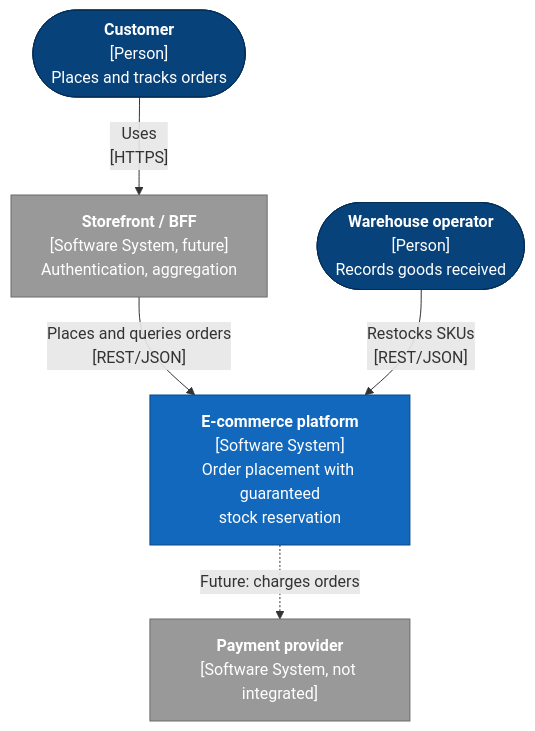
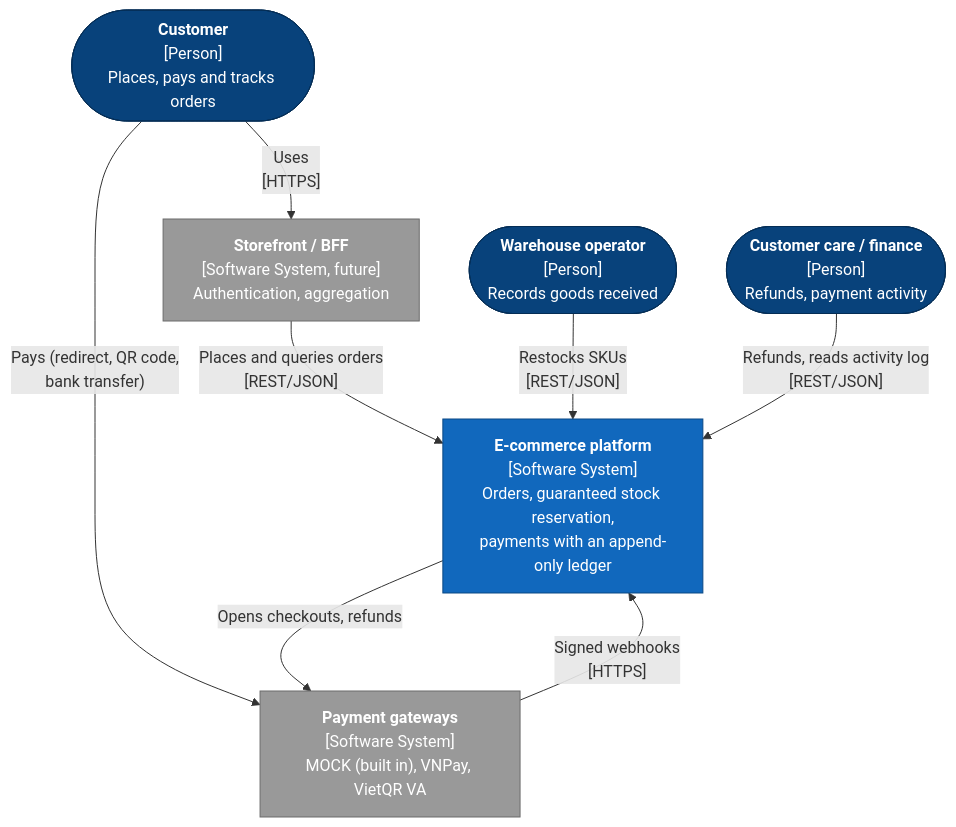
Before and after one commit to NamCaoDev/nestjs-ecommerce: the second of 11 diagrams in docs/system-design.md, drawn with Mermaid. The commit also changed other lines of this file and 330 other files, not shown here.

````diff
--- a/docs/system-design.md
+++ b/docs/system-design.md
@@ -49,18 +60,22 @@
 ```mermaid
 flowchart TB
-  customer(["<b>Customer</b><br/>[Person]<br/>Places and tracks orders"]):::person
+  customer(["<b>Customer</b><br/>[Person]<br/>Places, pays and tracks orders"]):::person
   operator(["<b>Warehouse operator</b><br/>[Person]<br/>Records goods received"]):::person
+  agent(["<b>Customer care / finance</b><br/>[Person]<br/>Refunds, payment activity"]):::person
   bff["<b>Storefront / BFF</b><br/>[Software System, future]<br/>Authentication, aggregation"]:::external
-  platform["<b>E-commerce platform</b><br/>[Software System]<br/>Order placement with guaranteed<br/>stock reservation"]:::system
-  payment["<b>Payment provider</b><br/>[Software System, not integrated]"]:::external
+  platform["<b>E-commerce platform</b><br/>[Software System]<br/>Orders, guaranteed stock reservation,<br/>payments with an append-only ledger"]:::system
+  gateway["<b>Payment gateways</b><br/>[Software System]<br/>MOCK (built in), VNPay, VietQR VA"]:::external
   customer -- "Uses<br/>[HTTPS]" --> bff
+  customer -- "Pays (redirect, QR code,<br/>bank transfer)" --> gateway
   bff -- "Places and queries orders<br/>[REST/JSON]" --> platform
   operator -- "Restocks SKUs<br/>[REST/JSON]" --> platform
-  platform -. "Future: charges orders" .-> payment
+  agent -- "Refunds, reads activity log<br/>[REST/JSON]" --> platform
+  platform -- "Opens checkouts, refunds" --> gateway
+  gateway -- "Signed webhooks<br/>[HTTPS]" --> platform
   classDef person fill:#08427b,stroke:#052e56,color:#fff
   classDef system fill:#1168bd,stroke:#0b4884,color:#fff
   classDef external fill:#999999,stroke:#6b6b6b,color:#fff
   classDef container fill:#438dd5,stroke:#2e6295,color:#fff
   classDef component fill:#85bbf0,stroke:#5d82a8,color:#000
   classDef boundary fill:#ffffff,stroke:#444,stroke-dasharray:5 5,color:#000
 ```
````
